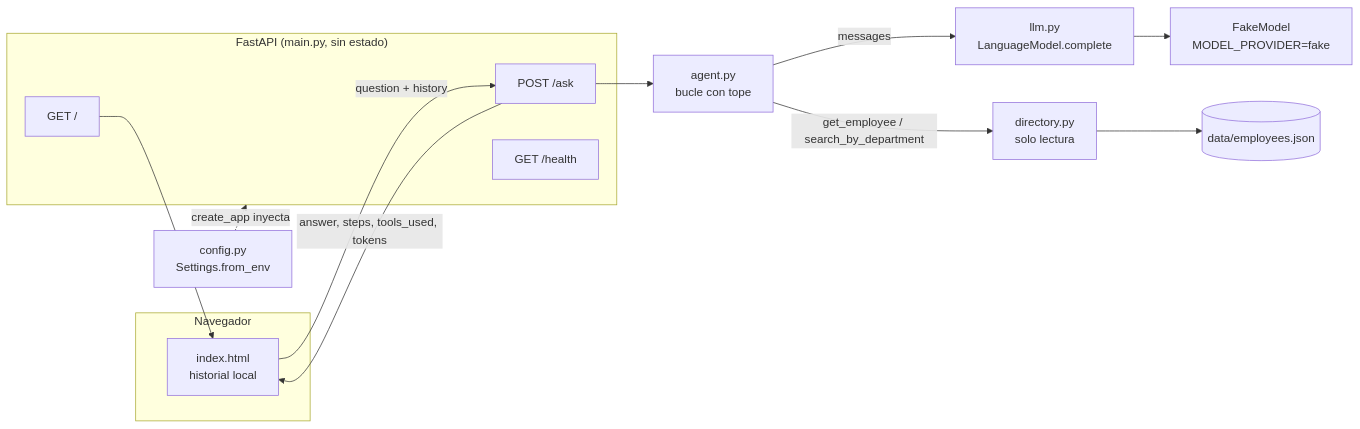
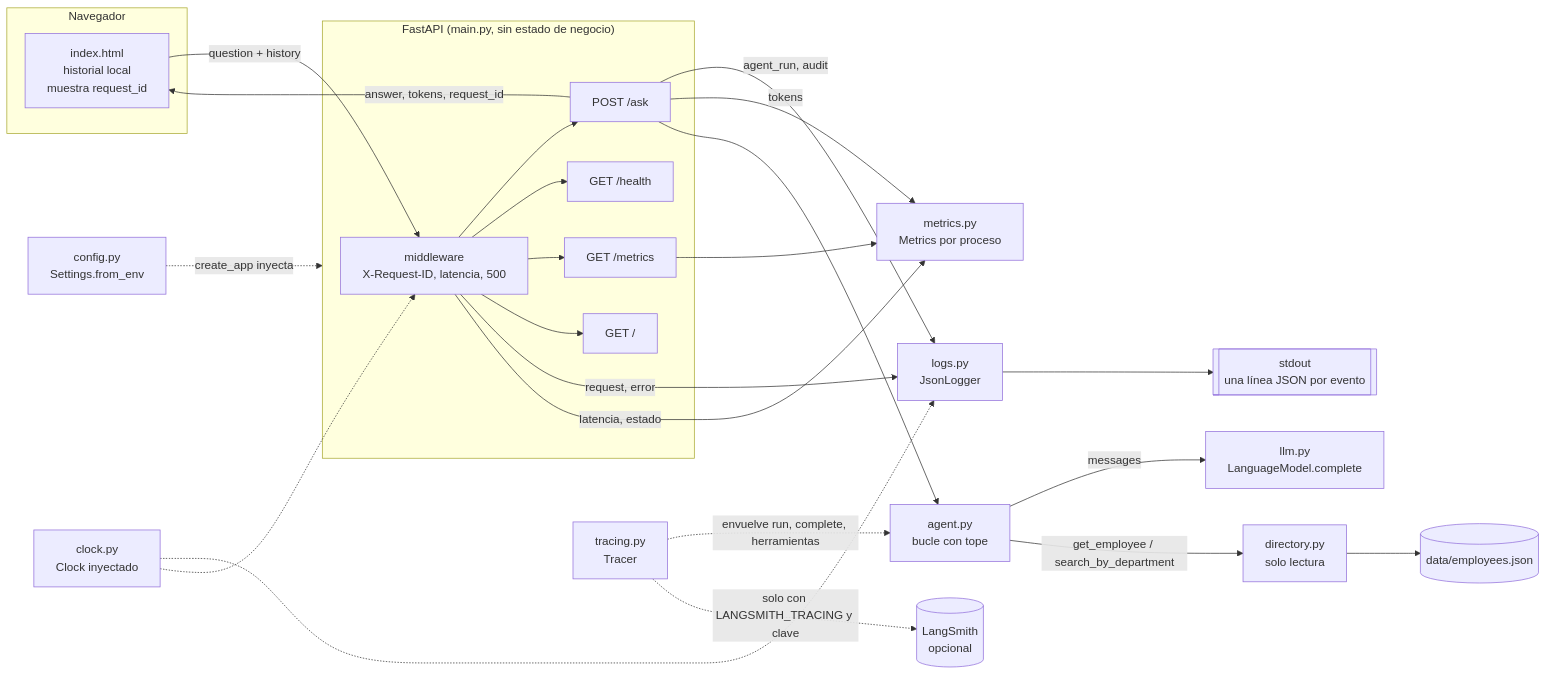
The first of 2 diagrams in product/doc/architecture.md (chavalalo/NextGenCode-M4), drawn with Mermaid before and after one commit. The commit also changed other lines of this file and 44 other files, not shown here.

````diff
--- a/product/doc/architecture.md
+++ b/product/doc/architecture.md
@@ -8,27 +10,46 @@
 ```mermaid
 flowchart LR
     subgraph Navegador
-        UI["index.html<br/>historial local"]
+        UI["index.html<br/>historial local<br/>muestra request_id"]
     end
-    subgraph API["FastAPI (main.py, sin estado)"]
+    subgraph API["FastAPI (main.py, sin estado de negocio)"]
+        MW["middleware<br/>X-Request-ID, latencia, 500"]
         ASK["POST /ask"]
         HEALTH["GET /health"]
+        METRICS["GET /metrics"]
         HOME["GET /"]
     end
     CFG["config.py<br/>Settings.from_env"]
+    CLOCK["clock.py<br/>Clock inyectado"]
+    LOG["logs.py<br/>JsonLogger"]
+    MET["metrics.py<br/>Metrics por proceso"]
+    TR["tracing.py<br/>Tracer"]
     AGENT["agent.py<br/>bucle con tope"]
     LLM["llm.py<br/>LanguageModel.complete"]
-    FAKE["FakeModel<br/>MODEL_PROVIDER=fake"]
     DIR["directory.py<br/>solo lectura"]
     DATA[("data/employees.json")]
+    STDOUT[["stdout<br/>una línea JSON por evento"]]
+    LS[("LangSmith<br/>opcional")]
 
-    UI -- "question + history" --> ASK
-    ASK -- "answer, steps, tools_used, tokens" --> UI
-    HOME --> UI
+    UI -- "question + history" --> MW
+    MW --> ASK
+    MW --> HEALTH
+    MW --> METRICS
+    MW --> HOME
+    ASK -- "answer, tokens, request_id" --> UI
     CFG -. "create_app inyecta" .-> API
+    CLOCK -.-> LOG
+    CLOCK -.-> MW
+    MW -- "request, error" --> LOG
+    ASK -- "agent_run, audit" --> LOG
+    LOG --> STDOUT
+    MW -- "latencia, estado" --> MET
+    ASK -- "tokens" --> MET
+    METRICS --> MET
     ASK --> AGENT
+    TR -. "envuelve run, complete, herramientas" .-> AGENT
+    TR -. "solo con LANGSMITH_TRACING y clave" .-> LS
     AGENT -- "messages" --> LLM
-    LLM --> FAKE
     AGENT -- "get_employee / search_by_department" --> DIR
     DIR --> DATA
 ```
````
